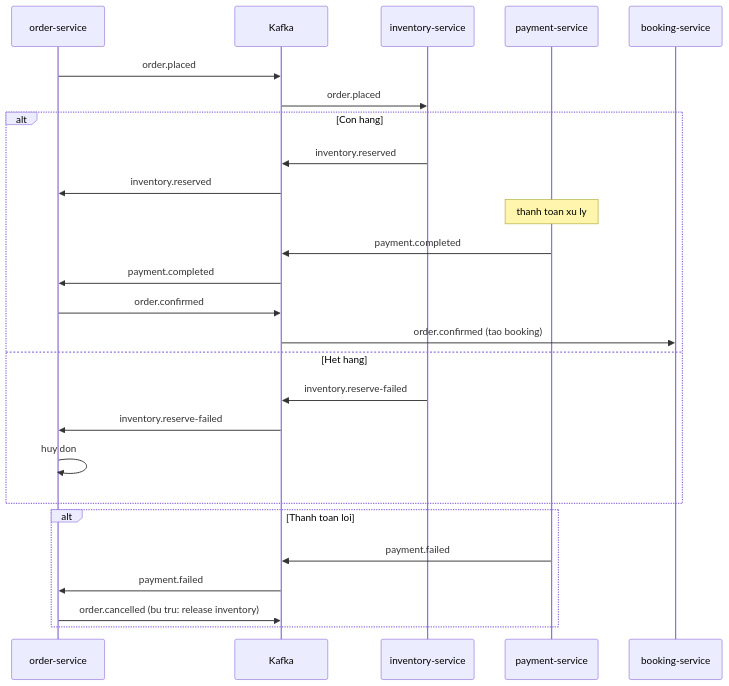
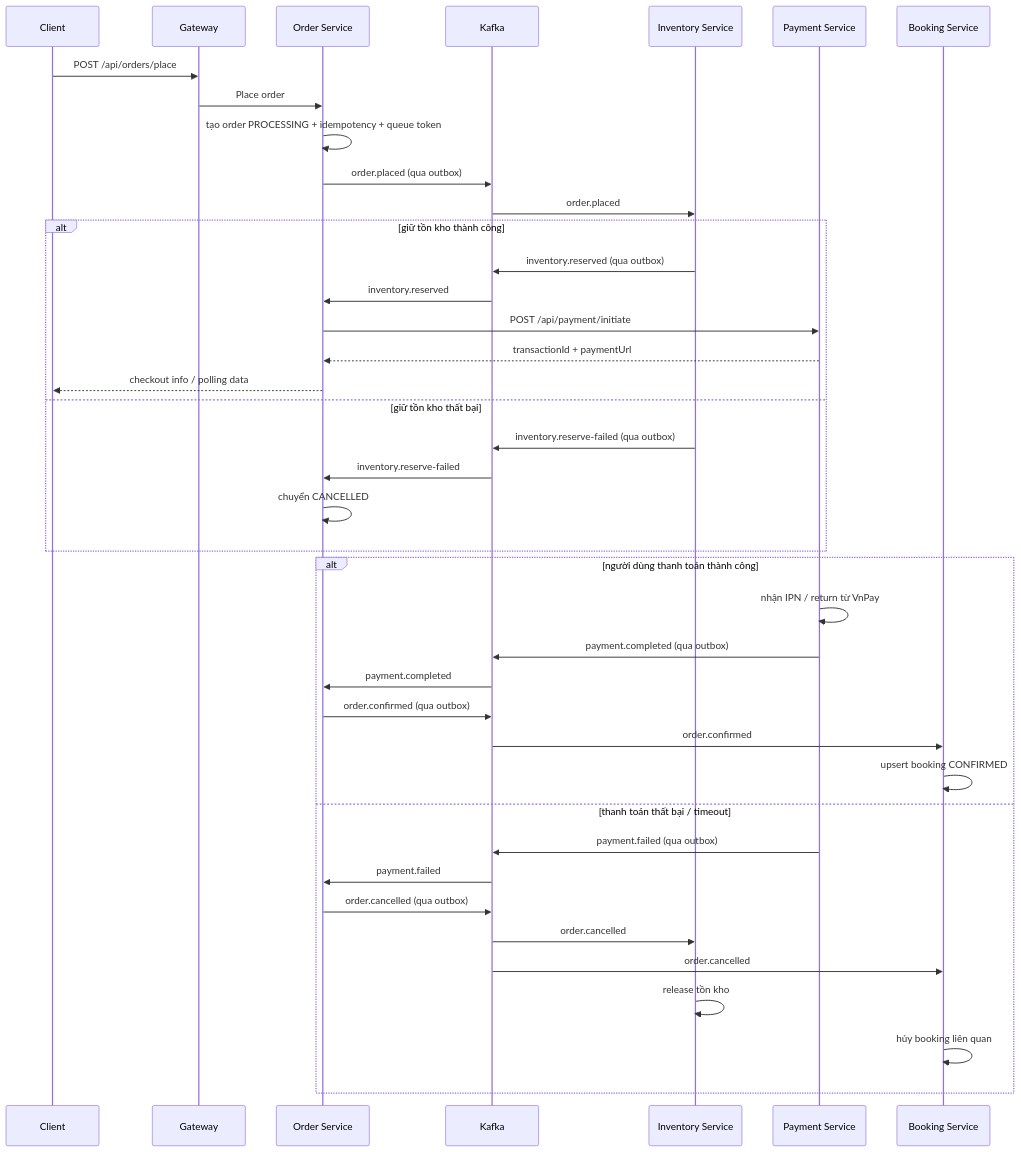
One commit to themanhnd/microservice-ban-ve-tau changed the fourth of 4 diagrams in docs/architecture.md. Above: the diagram before and after it, drawn with Mermaid. The commit also changed other lines of this file and 160 other files, not shown here.

````diff
--- a/docs/architecture.md
+++ b/docs/architecture.md
@@ -74,29 +102,45 @@
 ```mermaid
 sequenceDiagram
-    participant O as order-service
+    participant C as Client
+    participant G as Gateway
+    participant O as Order Service
     participant K as Kafka
-    participant I as inventory-service
-    participant P as payment-service
-    participant B as booking-service
+    participant I as Inventory Service
+    participant P as Payment Service
+    participant B as Booking Service
 
-    O->>K: order.placed
+    C->>G: POST /api/orders/place
+    G->>O: Place order
+    O->>O: tạo order PROCESSING + idempotency + queue token
+    O->>K: order.placed (qua outbox)
     K->>I: order.placed
-    alt Con hang
-        I->>K: inventory.reserved
+
+    alt giữ tồn kho thành công
+        I->>K: inventory.reserved (qua outbox)
         K->>O: inventory.reserved
-        Note over P: thanh toan xu ly
-        P->>K: payment.completed
+        O->>P: POST /api/payment/initiate
+        P-->>O: transactionId + paymentUrl
+        O-->>C: checkout info / polling data
+    else giữ tồn kho thất bại
+        I->>K: inventory.reserve-failed (qua outbox)
+        K->>O: inventory.reserve-failed
+        O->>O: chuyển CANCELLED
+    end
+
+    alt người dùng thanh toán thành công
+        P->>P: nhận IPN / return từ VnPay
+        P->>K: payment.completed (qua outbox)
         K->>O: payment.completed
-        O->>K: order.confirmed
-        K->>B: order.confirmed (tao booking)
-    else Het hang
-        I->>K: inventory.reserve-failed
-        K->>O: inventory.reserve-failed
-        O->>O: huy don
-    end
-    alt Thanh toan loi
-        P->>K: payment.failed
+        O->>K: order.confirmed (qua outbox)
+        K->>B: order.confirmed
+        B->>B: upsert booking CONFIRMED
+    else thanh toán thất bại / timeout
+        P->>K: payment.failed (qua outbox)
         K->>O: payment.failed
-        O->>K: order.cancelled (bu tru: release inventory)
+        O->>K: order.cancelled (qua outbox)
+        K->>I: order.cancelled
+        K->>B: order.cancelled
+        I->>I: release tồn kho
+        B->>B: hủy booking liên quan
     end
 ```
````
